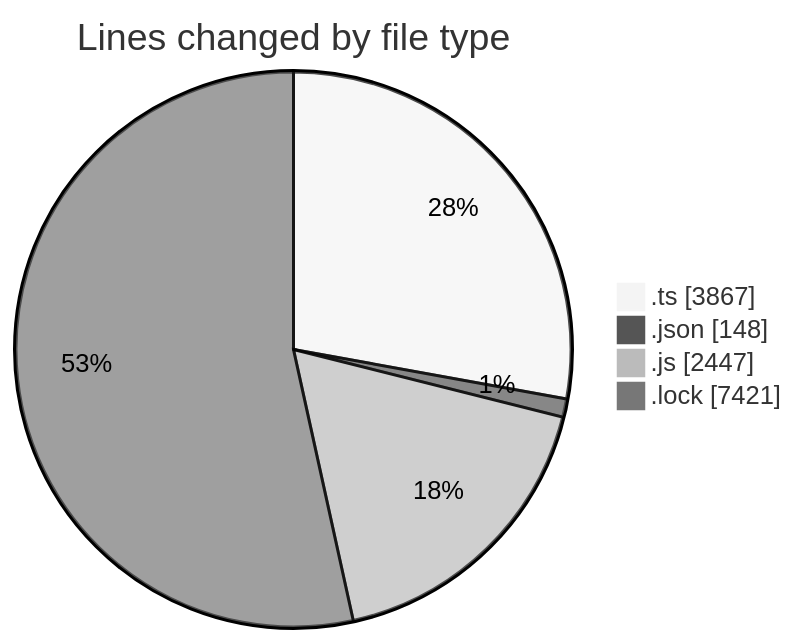
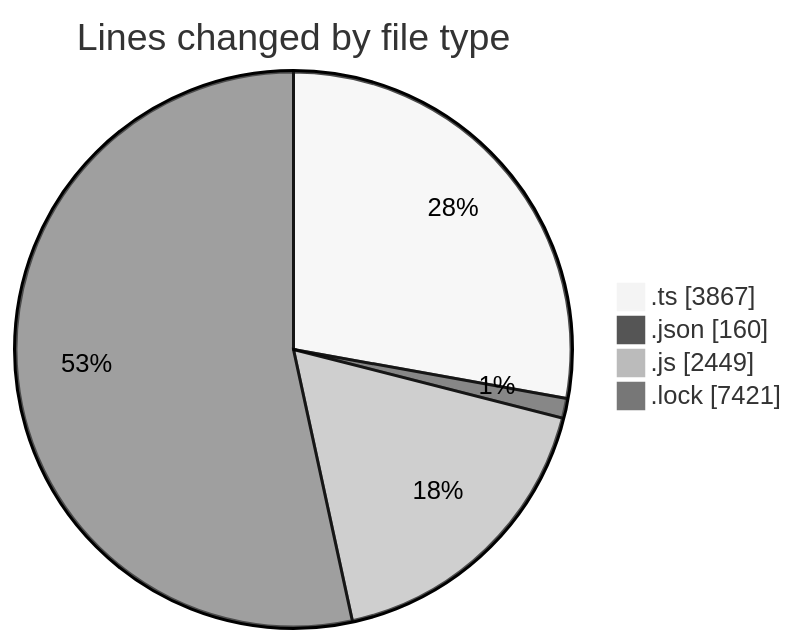
One commit to momahboobian/code-tracking changed the first of 2 diagrams in 2025-07-30/cda/README.md. Above: the diagram before and after it, drawn with Mermaid (neutral theme). The commit also changed other lines of this file and 1 other file, not shown here.

````diff
--- a/2025-07-30/cda/README.md
+++ b/2025-07-30/cda/README.md
@@ -30,8 +30,8 @@
 ```mermaid
 pie showData
 title Lines changed by file type
 ".ts" : 3867
-".json" : 148
-".js" : 2447
+".json" : 160
+".js" : 2449
 ".lock" : 7421
 ```
````
